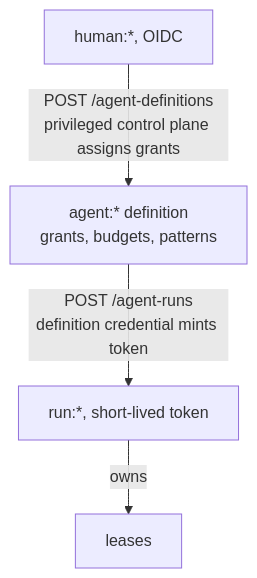
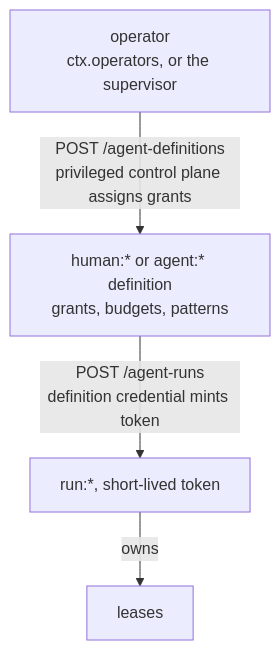
The first of 5 diagrams in agent_docs/design-auth.md (wistrand/radia), drawn with Mermaid before and after one commit. The commit also changed other lines of this file and 37 other files, not shown here.

````diff
--- a/agent_docs/design-auth.md
+++ b/agent_docs/design-auth.md
@@ -149,6 +173,6 @@
 ```mermaid
 flowchart TB
-    H[human:*, OIDC] -->|POST /agent-definitions<br/>privileged control plane assigns grants| D[agent:* definition<br/>grants, budgets, patterns]
-    D -->|POST /agent-runs<br/>definition credential mints token| R[run:*, short-lived token]
+    H[human:* or agent:* definition<br/>grants, budgets, patterns] -->|POST /agent-runs<br/>definition credential mints token| R[run:*, short-lived token]
+    O[operator<br/>ctx.operators, or the supervisor] -->|POST /agent-definitions<br/>privileged control plane assigns grants| H
     R -->|owns| L[leases]
 ```
````
